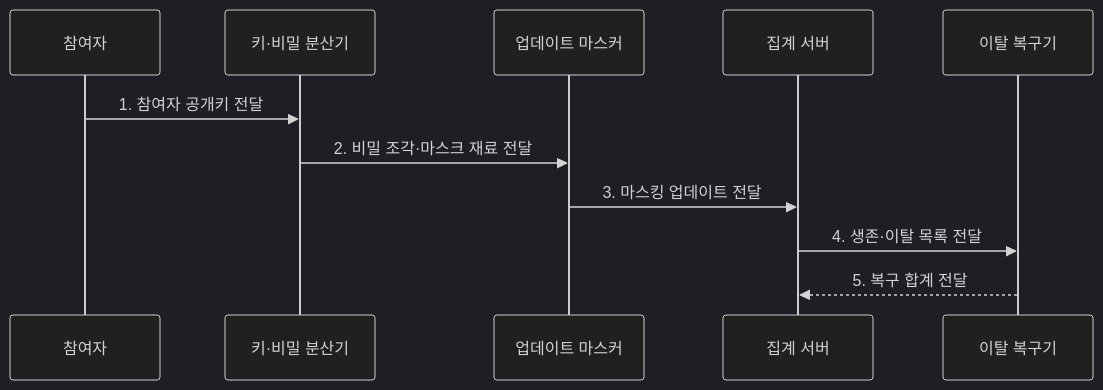
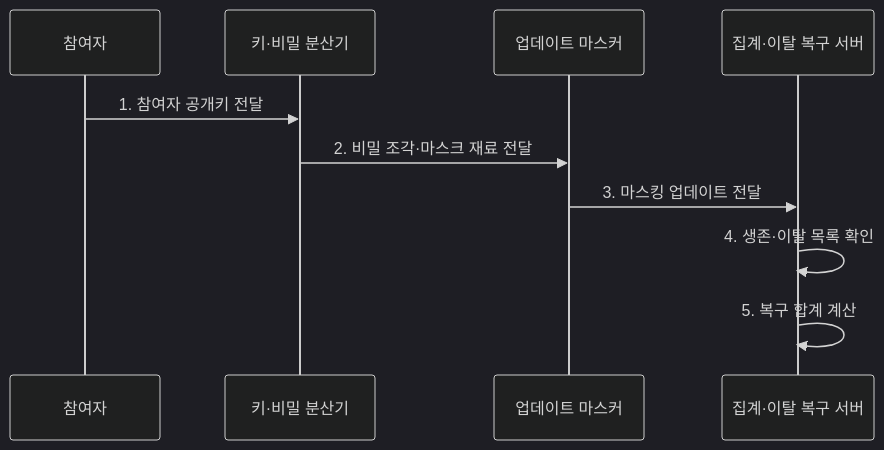
Before and after one commit to agnusdei1207/knowledge-base: the second of 2 diagrams in src/content/docs/notes/08-latest-tech/112_secure_aggregation.md, drawn with Mermaid (dark theme). The commit also changed other lines of this file and 5 other files, not shown here.

Commit message:
Simplify explainability and privacy flows

````diff
--- a/src/content/docs/notes/08-latest-tech/112_secure_aggregation.md
+++ b/src/content/docs/notes/08-latest-tech/112_secure_aggregation.md
@@ -101,13 +101,12 @@
 ```mermaid
 sequenceDiagram
     participant P as 참여자
     participant K as 키·비밀 분산기
     participant M as 업데이트 마스커
-    participant S as 집계 서버
-    participant R as 이탈 복구기
+    participant S as 집계·이탈 복구 서버
     P->>K: 1. 참여자 공개키 전달
     K->>M: 2. 비밀 조각·마스크 재료 전달
     M->>S: 3. 마스킹 업데이트 전달
-    S->>R: 4. 생존·이탈 목록 전달
-    R-->>S: 5. 복구 합계 전달
+    S->>S: 4. 생존·이탈 목록 확인
+    S->>S: 5. 복구 합계 계산
 ```
````
